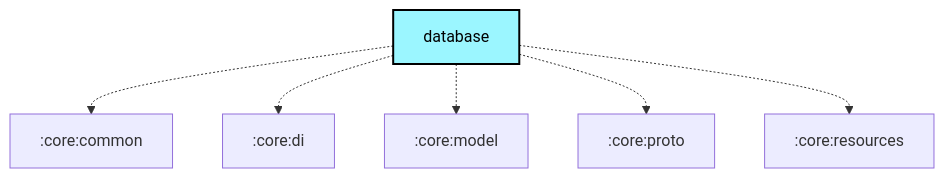
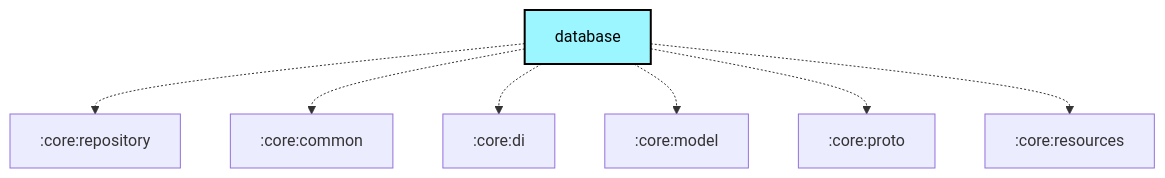
One commit to meshtastic/Meshtastic-Android changed the diagram in core/database/README.md. Above: the diagram before and after it, drawn with Mermaid. The commit also changed 5 other files, not shown here.

Commit message:
chore: Scheduled updates (Firmware, Hardware, Translations, Graphs) (#4692)

````diff
--- a/core/database/README.md
+++ b/core/database/README.md
@@ -26,20 +26,21 @@
 ```mermaid
 graph TB
   :core:database[database]:::android-library
+  :core:database -.-> :core:repository
   :core:database -.-> :core:common
   :core:database -.-> :core:di
   :core:database -.-> :core:model
   :core:database -.-> :core:proto
   :core:database -.-> :core:resources
 
 classDef android-application fill:#CAFFBF,stroke:#000,stroke-width:2px,color:#000;
 classDef android-application-compose fill:#CAFFBF,stroke:#000,stroke-width:2px,color:#000;
 classDef android-feature fill:#FFD6A5,stroke:#000,stroke-width:2px,color:#000;
 classDef android-library fill:#9BF6FF,stroke:#000,stroke-width:2px,color:#000;
 classDef android-library-compose fill:#9BF6FF,stroke:#000,stroke-width:2px,color:#000;
 classDef android-test fill:#A0C4FF,stroke:#000,stroke-width:2px,color:#000;
 classDef jvm-library fill:#BDB2FF,stroke:#000,stroke-width:2px,color:#000;
 classDef kmp-library fill:#FFC1CC,stroke:#000,stroke-width:2px,color:#000;
 classDef unknown fill:#FFADAD,stroke:#000,stroke-width:2px,color:#000;
 
 ```
````
